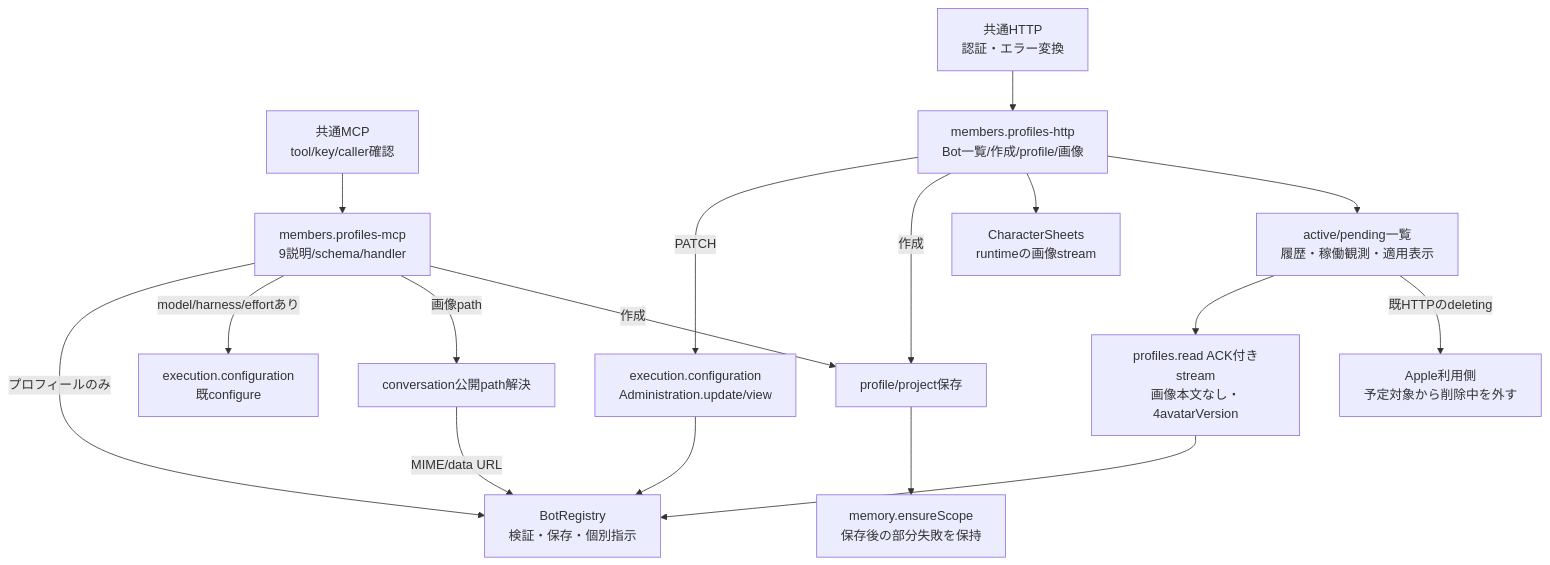
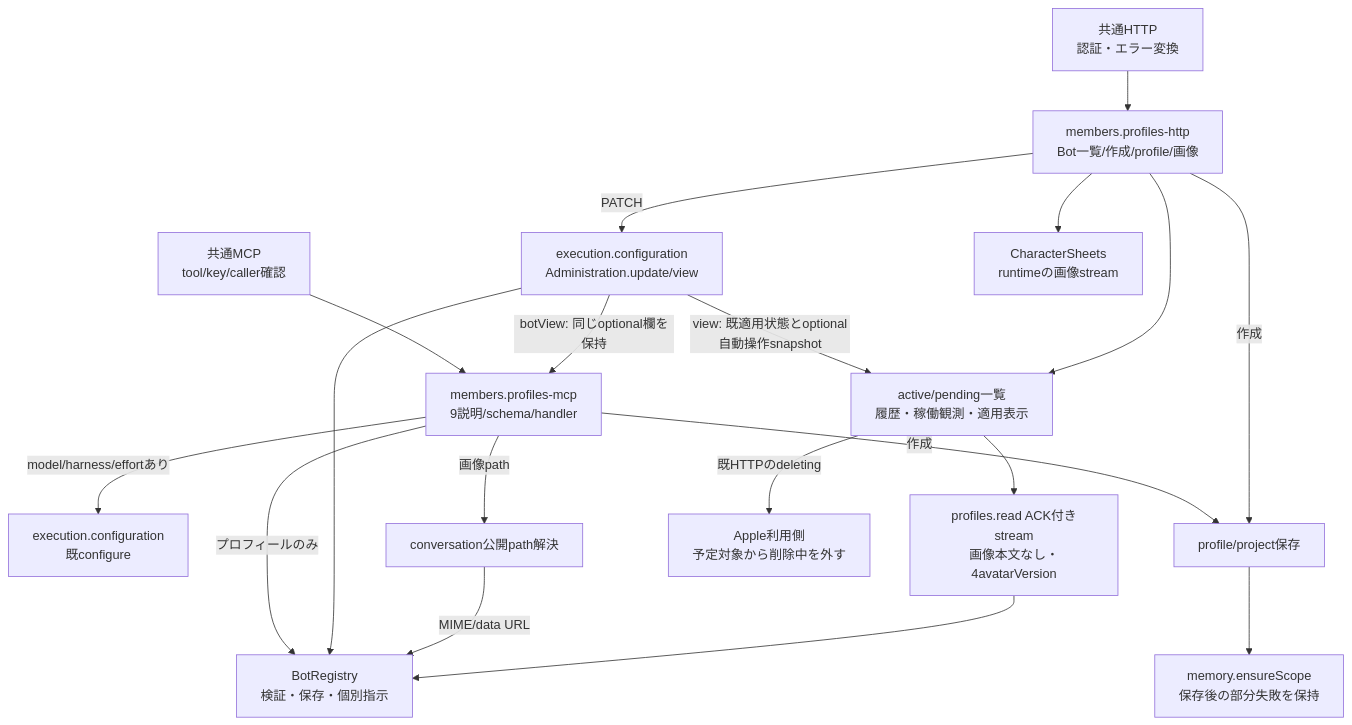
Before and after one commit to kitepon/BellTeam: the diagram in docs/architecture/modules/members/profiles.md, drawn with Mermaid. The commit also changed other lines of this file and 2 other files, not shown here.

Commit message:
Expose automatic configuration snapshots in member views

````diff
--- a/docs/architecture/modules/members/profiles.md
+++ b/docs/architecture/modules/members/profiles.md
@@ -5,19 +5,21 @@
 ```mermaid
 flowchart TD
   Mcp["共通MCP<br/>tool/key/caller確認"] --> Tools["members.profiles-mcp<br/>9説明/schema/handler"]
   Http["共通HTTP<br/>認証・エラー変換"] --> Profile["members.profiles-http<br/>Bot一覧/作成/profile/画像"]
   Tools -->|"プロフィールのみ"| Registry["BotRegistry<br/>検証・保存・個別指示"]
   Tools -->|"model/harness/effortあり"| Configure["execution.configuration<br/>既configure"]
   Profile -->|"PATCH"| Admin["execution.configuration<br/>Administration.update/view"]
   Admin --> Registry
+  Admin -->|"view: 既適用状態とoptional自動操作snapshot"| Listing
+  Admin -->|"botView: 同じoptional欄を保持"| Tools
   Tools -->|"画像path"| Image["conversation公開path解決"]
   Image -->|"MIME/data URL"| Registry
   Tools -->|"作成"| Create["profile/project保存"]
   Profile -->|"作成"| Create
   Create --> Memory["memory.ensureScope<br/>保存後の部分失敗を保持"]
   Profile --> Sheet["CharacterSheets<br/>runtimeの画像stream"]
   Listing --> Snapshot["profiles.read ACK付きstream<br/>画像本文なし・4avatarVersion"]
   Snapshot --> Registry
   Profile --> Listing["active/pending一覧<br/>履歴・稼働観測・適用表示"]
   Listing -->|"既HTTPのdeleting"| Apple["Apple利用側<br/>予定対象から削除中を外す"]
 ```
````
